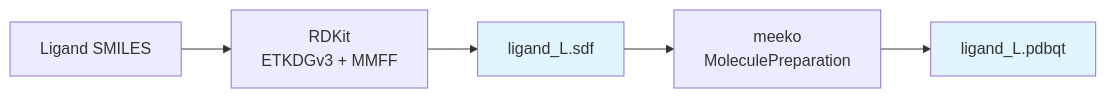
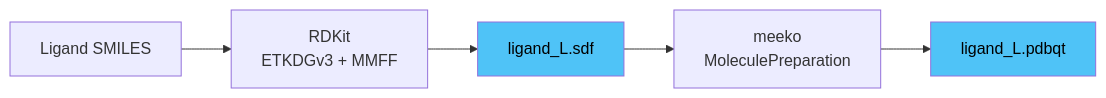
One commit to eightmm/mosaic-pl changed the ninth of 17 diagrams in docs/pipeline.md. Above: the diagram before and after it, drawn with Mermaid. The commit also changed other lines of this file, not shown here.

````diff
--- a/docs/pipeline.md
+++ b/docs/pipeline.md
@@ -242,10 +242,10 @@
 ```mermaid
 flowchart LR
     SMILES["Ligand SMILES"] --> RDKIT["RDKit\nETKDGv3 + MMFF"]
     RDKIT --> SDF["ligand_L.sdf"]
     SDF --> MEEKO["meeko\nMoleculePreparation"]
     MEEKO --> PDBQT["ligand_L.pdbqt"]
 
-    style SDF fill:#e1f5fe
-    style PDBQT fill:#e1f5fe
+    style SDF fill:#4fc3f7,color:#000
+    style PDBQT fill:#4fc3f7,color:#000
 ```
````
